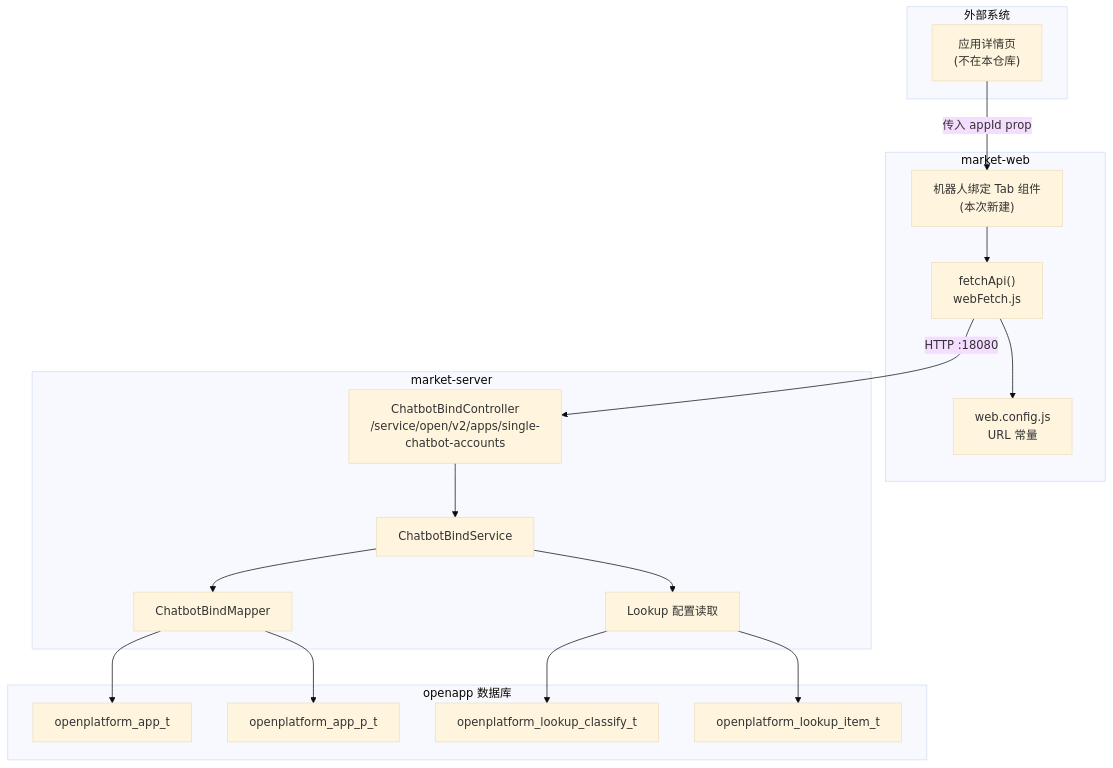
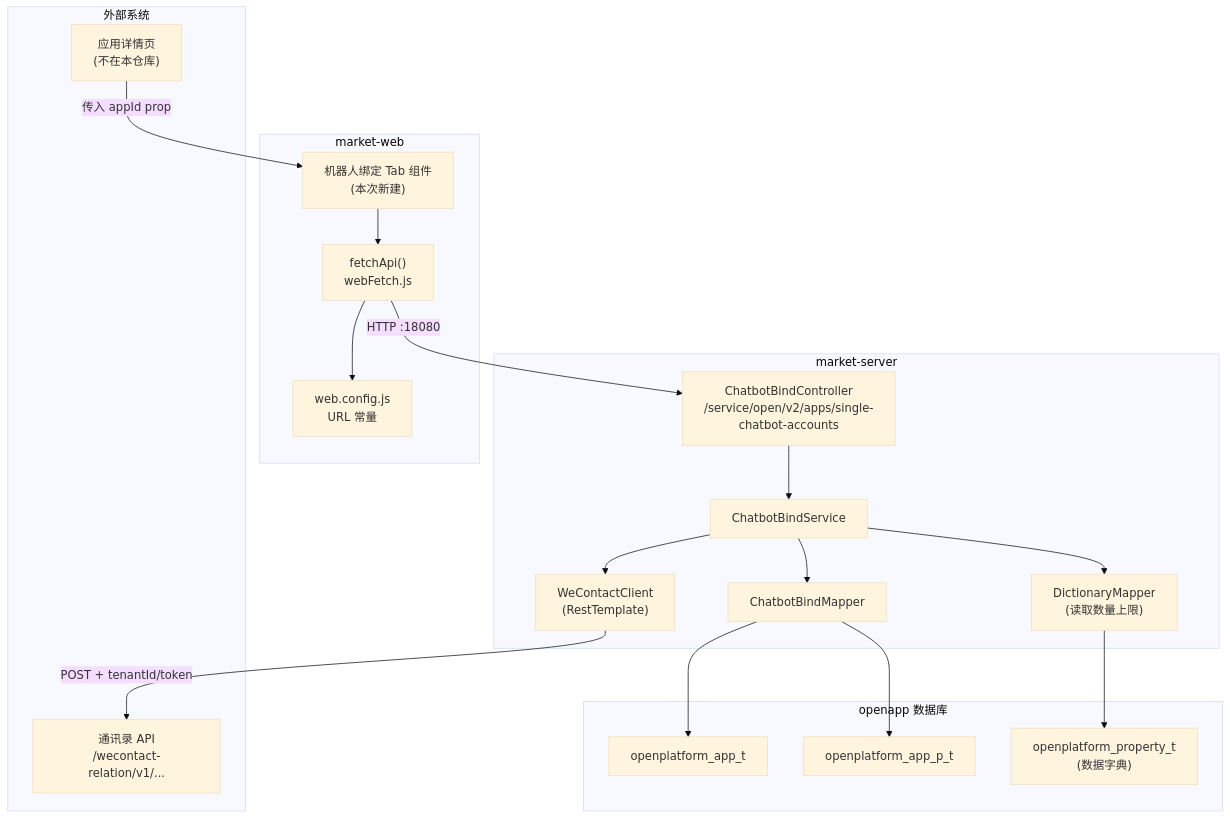
The first of 8 diagrams in docs/market-server/app-single-chatbot-bindtab-spec.md (THZSummer/open-app), drawn with Mermaid (base theme) before and after one commit. The commit also changed other lines of this file and 2 other files, not shown here.

First line of the commit message:
feat(chatbot-bindtab): spec v2.0 - contact API validation + tag layout

````diff
--- a/docs/market-server/app-single-chatbot-bindtab-spec.md
+++ b/docs/market-server/app-single-chatbot-bindtab-spec.md
@@ -48,38 +67,40 @@
 ```mermaid
 graph TB
     subgraph 外部系统
         DetailPage["应用详情页<br/>(不在本仓库)"]
+        WeContact["通讯录 API<br/>/wecontact-relation/v1/..."]
     end
 
     subgraph market-web
         ChatbotTab["机器人绑定 Tab 组件<br/>(本次新建)"]
         FetchAPI["fetchApi()<br/>webFetch.js"]
         WebConfig["web.config.js<br/>URL 常量"]
     end
 
     subgraph market-server
         Controller["ChatbotBindController<br/>/service/open/v2/apps/single-chatbot-accounts"]
         Service["ChatbotBindService"]
-        LookupSvc["Lookup 配置读取"]
+        DictMapper["DictionaryMapper<br/>(读取数量上限)"]
+        WcClient["WeContactClient<br/>(RestTemplate)"]
         Mapper["ChatbotBindMapper"]
     end
 
     subgraph MySQL["openapp 数据库"]
         AppT["openplatform_app_t"]
         AppPT["openplatform_app_p_t"]
-        LookupClassify["openplatform_lookup_classify_t"]
-        LookupItem["openplatform_lookup_item_t"]
+        PropT["openplatform_property_t<br/>(数据字典)"]
     end
 
     DetailPage -->|"传入 appId prop"| ChatbotTab
     ChatbotTab --> FetchAPI
     FetchAPI --> WebConfig
     FetchAPI -->|"HTTP :18080"| Controller
     Controller --> Service
-    Service --> LookupSvc
+    Service --> DictMapper
+    Service --> WcClient
     Service --> Mapper
     Mapper --> AppT
     Mapper --> AppPT
-    LookupSvc --> LookupClassify
-    LookupSvc --> LookupItem
+    DictMapper --> PropT
+    WcClient -->|"POST + tenantId/token"| WeContact
 ```
````
